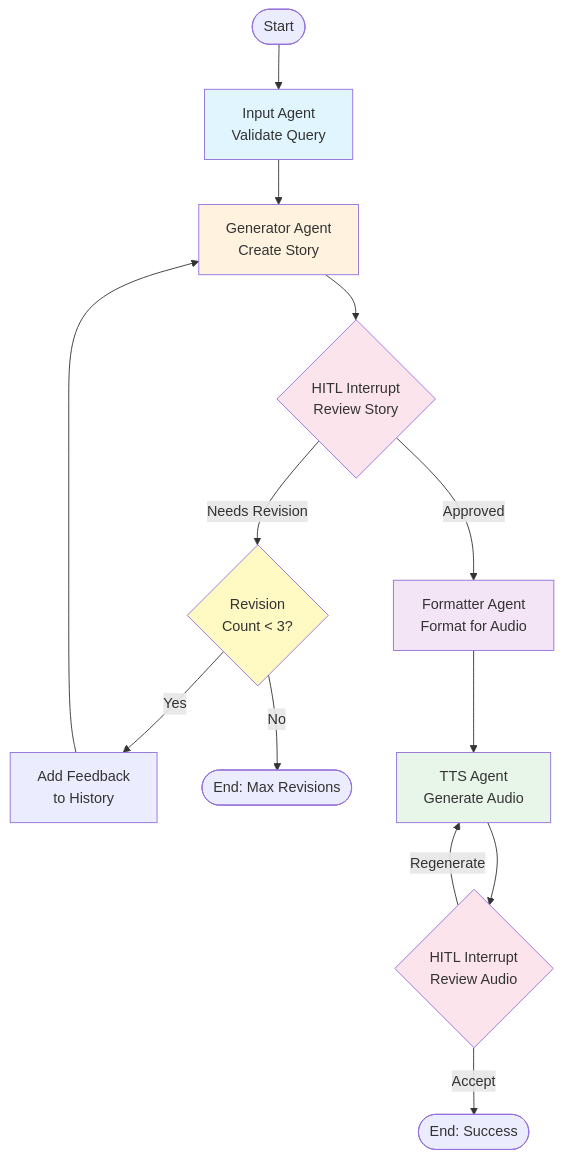
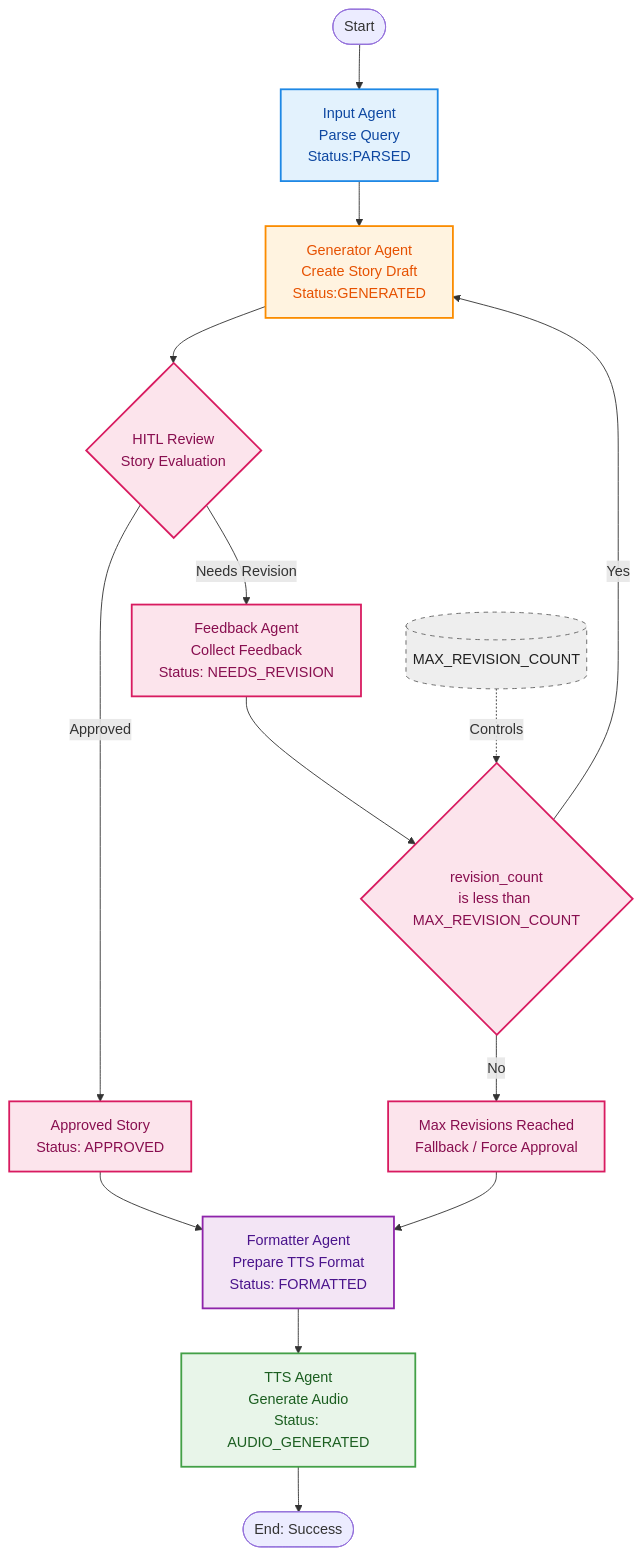
The diagram in README.md (shubhamjain25/TinyTales-AI), drawn with Mermaid before and after one commit. The commit also changed other lines of this file and 1 other file, not shown here.

````diff
--- a/README.md
+++ b/README.md
@@ -115,23 +115,72 @@
 ```mermaid
 graph TD
-    Start([Start]) --> Input[Input Agent<br/>Validate Query]
-    Input --> Generate[Generator Agent<br/>Create Story]
-    Generate --> Interrupt1{"HITL Interrupt<br/>Review Story"}
-    Interrupt1 -->|Approved| Format[Formatter Agent<br/>Format for Audio]
-    Interrupt1 -->|Needs Revision| Router{"Revision<br/>Count < 3?"}
-    Router -->|Yes| Feedback[Add Feedback<br/>to History]
-    Feedback --> Generate
-    Router -->|No| End1([End: Max Revisions])
-    Format --> TTS[TTS Agent<br/>Generate Audio]
-    TTS --> Interrupt2{"HITL Interrupt<br/>Review Audio"}
-    Interrupt2 -->|Accept| Success([End: Success])
-    Interrupt2 -->|Regenerate| TTS
-    
-    style Input fill:#e1f5ff
-    style Generate fill:#fff3e0
-    style Format fill:#f3e5f5
-    style TTS fill:#e8f5e9
-    style Interrupt1 fill:#fce4ec
-    style Interrupt2 fill:#fce4ec
-    style Router fill:#fff9c4
+    %% =========================
+    %% Workflow
+    %% =========================
+
+    Start([Start]) --> Input
+
+    Input[Input Agent<br/>Parse Query<br/>Status:PARSED]
+
+    Input --> Generate
+
+    Generate[Generator Agent<br/>Create Story Draft<br/>Status:GENERATED]
+
+    Generate --> Review
+
+    Review{HITL Review<br/>Story Evaluation}
+
+    Review -->|Approved| Approved
+
+    Review -->|Needs Revision| Feedback
+
+    Feedback[Feedback Agent<br/>Collect Feedback<br/>Status: NEEDS_REVISION]
+
+    Feedback --> RevisionCheck
+
+    RevisionCheck{revision_count<br/>is less than MAX_REVISION_COUNT}
+
+    RevisionCheck -->|Yes| Generate
+
+    RevisionCheck -->|No| MaxRevision[Max Revisions Reached<br/>Fallback / Force Approval]
+
+    Approved[Approved Story<br/>Status: APPROVED]
+
+    Approved --> Format
+
+    MaxRevision --> Format
+
+    Format[Formatter Agent<br/>Prepare TTS Format<br/>Status: FORMATTED]
+
+    Format --> TTS
+
+    TTS[TTS Agent<br/>Generate Audio<br/>Status: AUDIO_GENERATED]
+
+    TTS --> End([End: Success])
+
+    %% =========================
+    %% Config Dependency
+    %% =========================
+
+    Config[(MAX_REVISION_COUNT)]
+
+    Config -. Controls .-> RevisionCheck
+
+    %% =========================
+    %% Styling
+    %% =========================
+
+    classDef inputStage fill:#e3f2fd,stroke:#1e88e5,color:#0d47a1,stroke-width:2px;
+    classDef generationStage fill:#fff3e0,stroke:#fb8c00,color:#e65100,stroke-width:2px;
+    classDef reviewStage fill:#fce4ec,stroke:#d81b60,color:#880e4f,stroke-width:2px;
+    classDef formattingStage fill:#f3e5f5,stroke:#8e24aa,color:#4a148c,stroke-width:2px;
+    classDef audioStage fill:#e8f5e9,stroke:#43a047,color:#1b5e20,stroke-width:2px;
+    classDef configStage fill:#eeeeee,stroke:#616161,color:#212121,stroke-dasharray: 5 5;
+
+    class Input inputStage;
+    class Generate generationStage;
+    class Review,Feedback,RevisionCheck,Approved,MaxRevision reviewStage;
+    class Format formattingStage;
+    class TTS audioStage;
+    class Config configStage;
 ```
````
